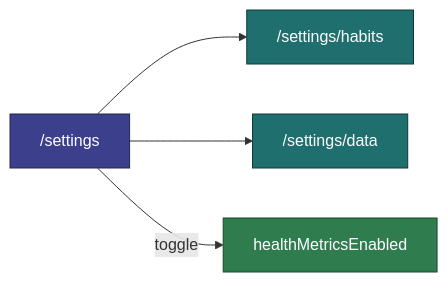
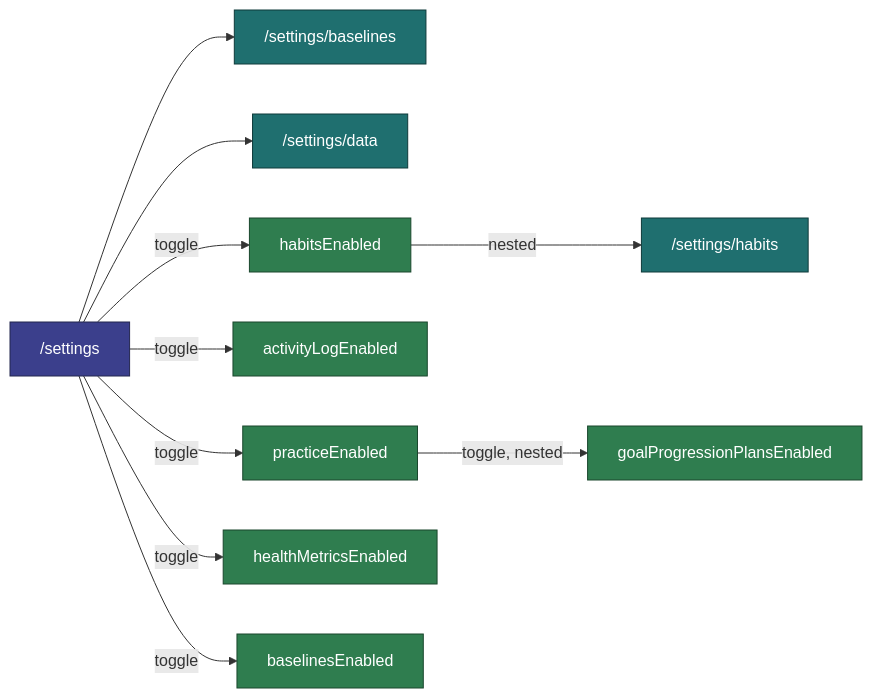
Before and after one commit to jermbo/CosmicWorkOut: the first of 2 diagrams in docs/requirements/settings-preferences.md, drawn with Mermaid. The commit also changed other lines of this file and 229 other files, not shown here.

````diff
--- a/docs/requirements/settings-preferences.md
+++ b/docs/requirements/settings-preferences.md
@@ -38,14 +47,20 @@
 ```mermaid
 flowchart LR
     Hub["/settings"]
-    Hub --> Hab["/settings/habits"]
+    Hub --> Base["/settings/baselines"]
     Hub --> Data["/settings/data"]
+    Hub -->|toggle| Habits[habitsEnabled]
+    Habits -->|nested| Hab["/settings/habits"]
+    Hub -->|toggle| Activity[activityLogEnabled]
+    Hub -->|toggle| Practice[practiceEnabled]
+    Practice -->|toggle, nested| Lift[goalProgressionPlansEnabled]
     Hub -->|toggle| Health[healthMetricsEnabled]
+    Hub -->|toggle| Baselines[baselinesEnabled]
 
     classDef hub fill:#3b3f8c,stroke:#23264f,color:#ffffff;
     classDef route fill:#1f6f6f,stroke:#0f3a3a,color:#ffffff;
     classDef toggle fill:#2f7d4f,stroke:#1a472d,color:#ffffff;
     class Hub hub;
-    class Hab,Data route;
-    class Health toggle;
+    class Hab,Base,Data route;
+    class Habits,Activity,Practice,Lift,Health,Baselines toggle;
 ```
````
